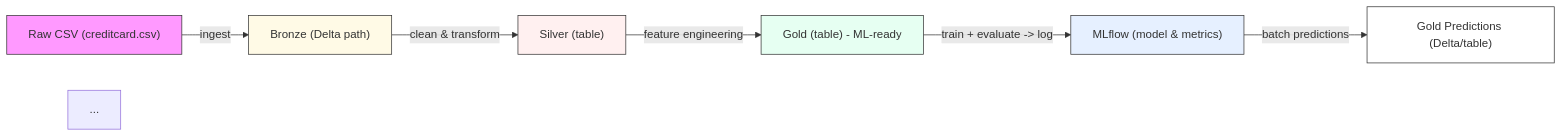
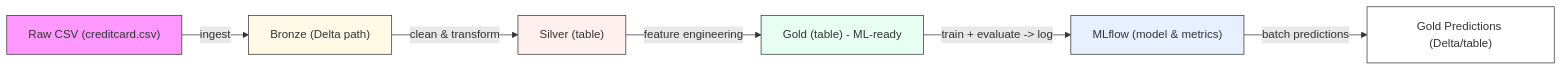
The diagram in project-4-credit-card-fraud-detection/README.md (saiprasad-l/Data_Engineering_Projects), drawn with Mermaid before and after one commit.

Commit message:
README Fix

````diff
--- a/project-4-credit-card-fraud-detection/README.md
+++ b/project-4-credit-card-fraud-detection/README.md
@@ -131,16 +131,15 @@
 ```mermaid
 flowchart LR
   A["Raw CSV (creditcard.csv)"] -->|ingest| B["Bronze (Delta path)"]
   B -->|clean & transform| C["Silver (table)"]
   C -->|feature engineering| D["Gold (table) - ML-ready"]
   D -->|train + evaluate -> log| E["MLflow (model & metrics)"]
   E -->|batch predictions| F["Gold Predictions (Delta/table)"]
 
   style A fill:#f9f,stroke:#333,stroke-width:1px
   style B fill:#fffae6,stroke:#333
   style C fill:#fff0f0,stroke:#333
   style D fill:#e6fff2,stroke:#333
   style E fill:#e6f0ff,stroke:#333
   style F fill:#fff,stroke:#333
-...
 ```
````
